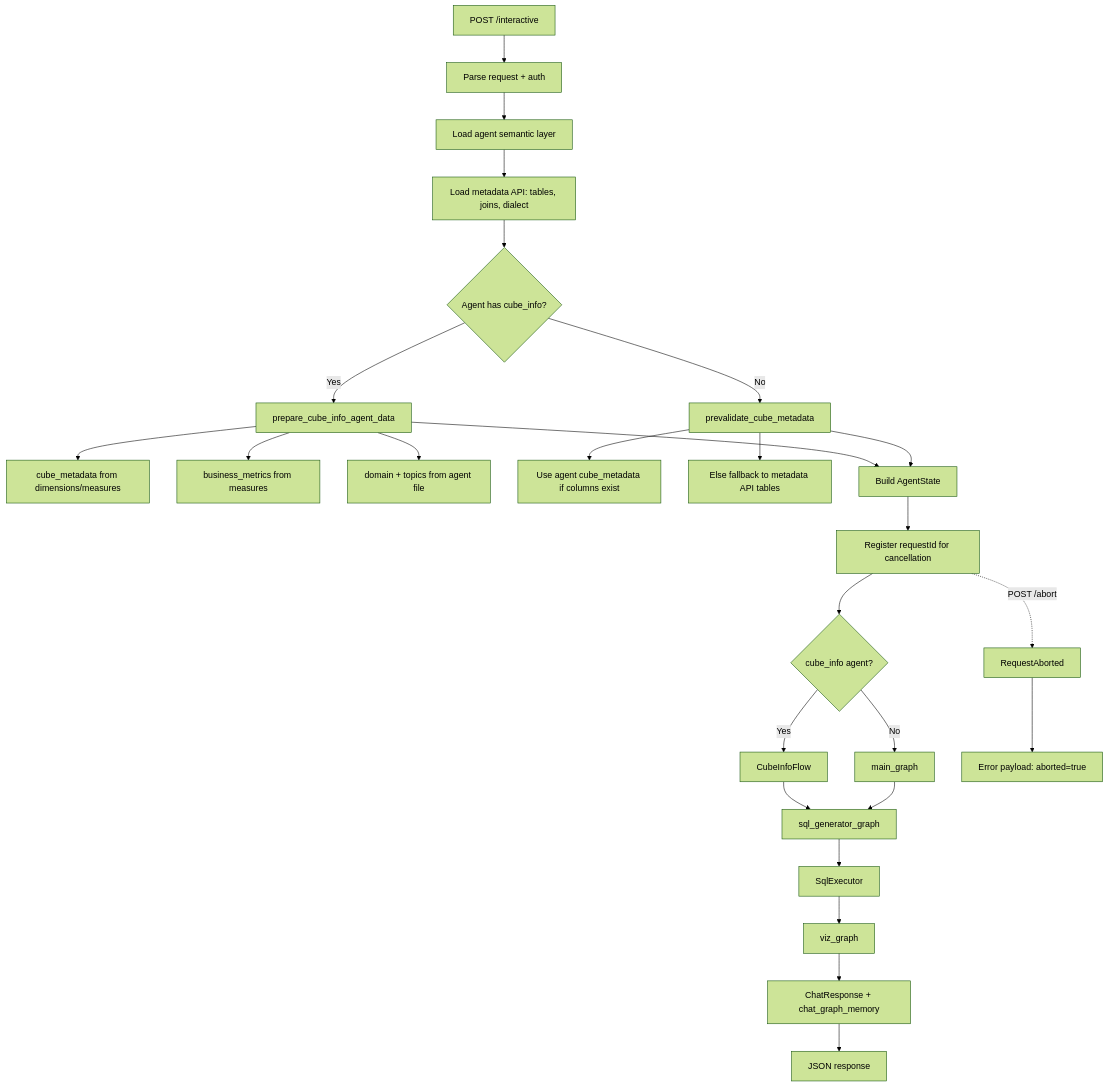
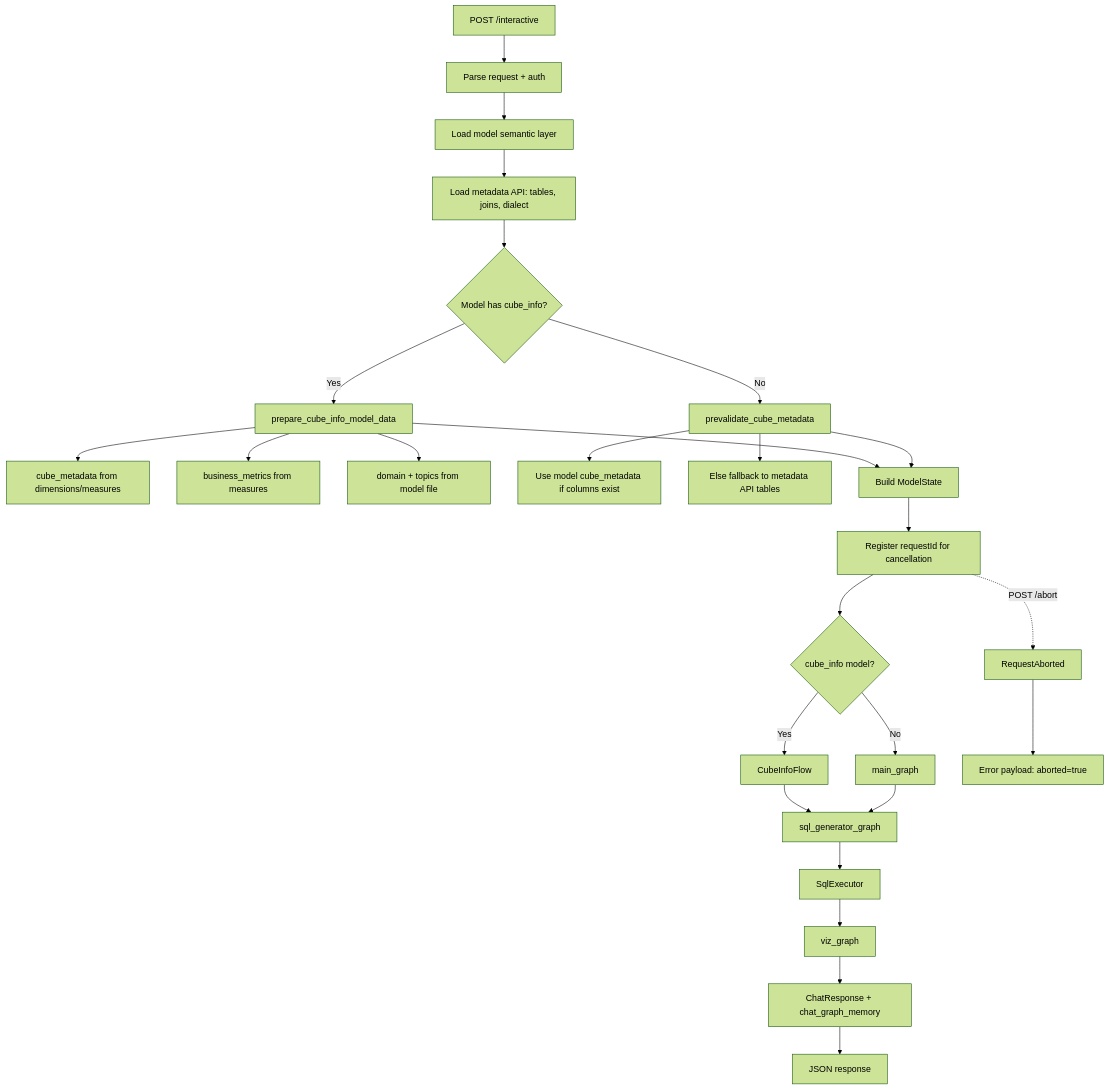
The first of 3 diagrams in ib/helicalbi/docs/INTERACTIVE_FLOW.md (helicalinsight/helicalinsight), drawn with Mermaid (forest theme) before and after one commit. The commit also changed other lines of this file and 491 other files, not shown here.

````diff
--- a/ib/helicalbi/docs/INTERACTIVE_FLOW.md
+++ b/ib/helicalbi/docs/INTERACTIVE_FLOW.md
@@ -23,34 +23,34 @@
 ```mermaid
 flowchart TD
     A[POST /interactive] --> B[Parse request + auth]
-    B --> C[Load agent semantic layer]
+    B --> C[Load model semantic layer]
     C --> D[Load metadata API: tables, joins, dialect]
-    D --> E{Agent has cube_info?}
+    D --> E{Model has cube_info?}
 
-    E -->|Yes| F[prepare_cube_info_agent_data]
+    E -->|Yes| F[prepare_cube_info_model_data]
     F --> F1[cube_metadata from dimensions/measures]
     F --> F2[business_metrics from measures]
-    F --> F3[domain + topics from agent file]
+    F --> F3[domain + topics from model file]
 
     E -->|No| G[prevalidate_cube_metadata]
-    G --> G1[Use agent cube_metadata if columns exist]
+    G --> G1[Use model cube_metadata if columns exist]
     G --> G2[Else fallback to metadata API tables]
 
-    F --> H[Build AgentState]
+    F --> H[Build ModelState]
     G --> H
     H --> I[Register requestId for cancellation]
 
-    I --> J{cube_info agent?}
+    I --> J{cube_info model?}
     J -->|Yes| K[CubeInfoFlow]
     J -->|No| L[main_graph]
 
     K --> M[sql_generator_graph]
     L --> M
     M --> N[SqlExecutor]
     N --> O[viz_graph]
     O --> P[ChatResponse + chat_graph_memory]
     P --> Q[JSON response]
 
     I -.->|POST /abort| R[RequestAborted]
     R --> S[Error payload: aborted=true]
 ```
````
